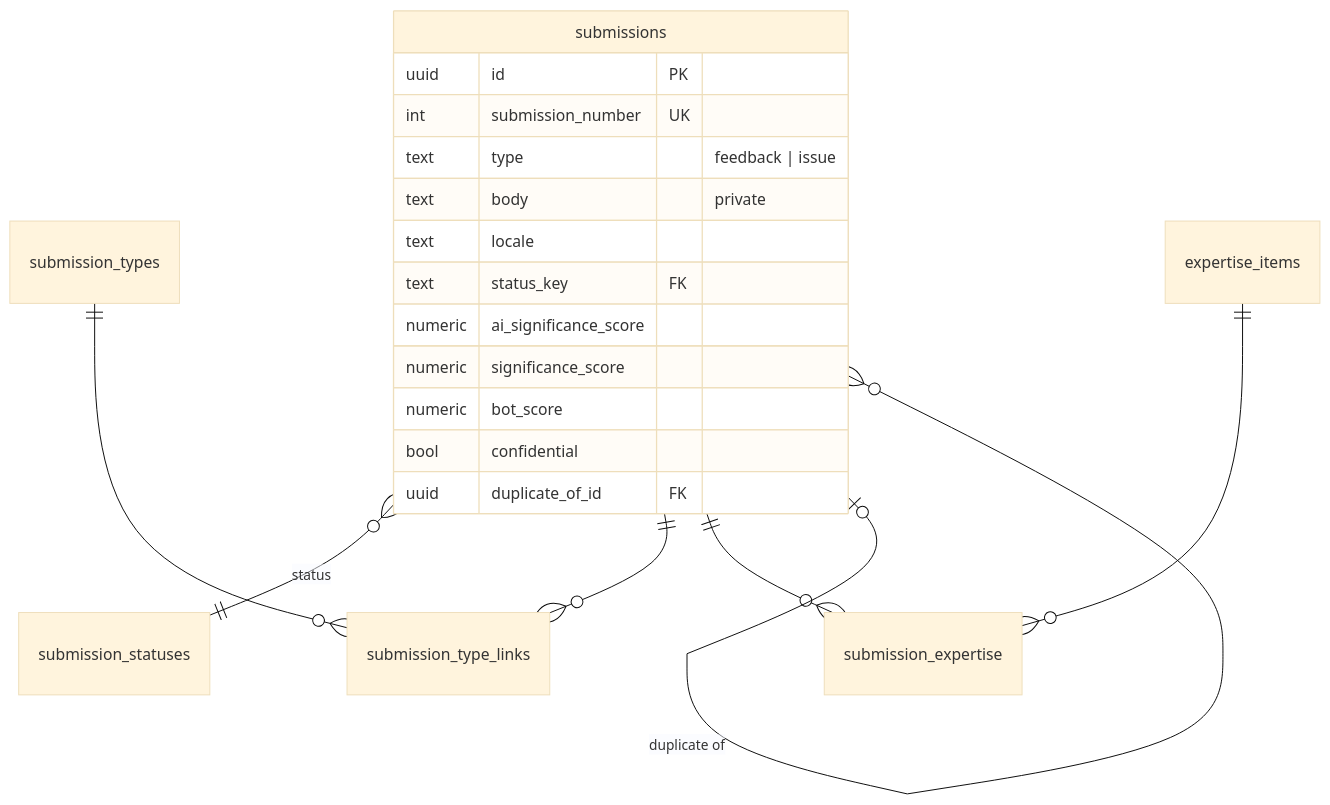
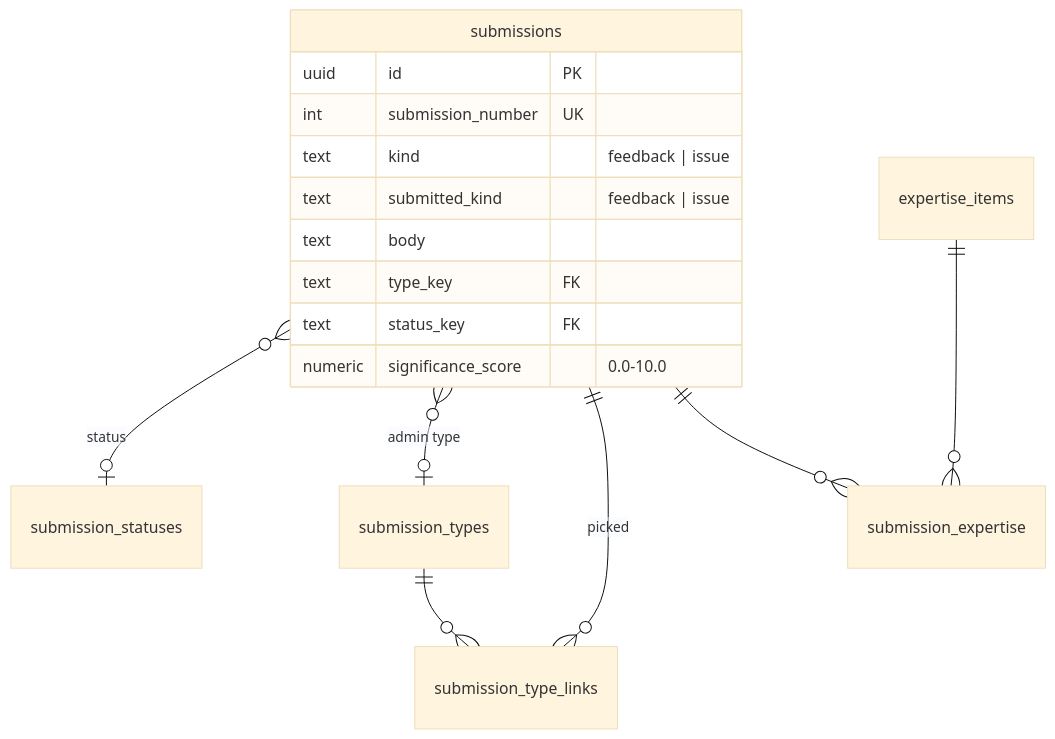
The third of 5 diagrams in docs/architecture/data-model.md (Global-experiment/Global-experiment), drawn with Mermaid (base theme) before and after one commit. The commit also changed other lines of this file and 2 other files, not shown here.

First line of the commit message:
docs(feedback): ADR 023 bot check, data model and settings for feedbacks and issues (Feedbacks and issues)

````diff
--- a/docs/architecture/data-model.md
+++ b/docs/architecture/data-model.md
@@ -693,22 +701,19 @@
 ```mermaid
 erDiagram
-  submissions }o--|| submission_statuses : status
-  submissions ||--o{ submission_type_links : ""
+  submissions }o--o| submission_statuses : status
+  submissions }o--o| submission_types : "admin type"
+  submissions ||--o{ submission_type_links : "picked"
   submission_types ||--o{ submission_type_links : ""
   submissions ||--o{ submission_expertise : ""
   expertise_items ||--o{ submission_expertise : ""
-  submissions |o--o{ submissions : "duplicate of"
   submissions {
     uuid id PK
     int submission_number UK
-    text type "feedback | issue"
-    text body "private"
-    text locale
+    text kind "feedback | issue"
+    text submitted_kind "feedback | issue"
+    text body
+    text type_key FK
     text status_key FK
-    numeric ai_significance_score
-    numeric significance_score
-    numeric bot_score
-    bool confidential
-    uuid duplicate_of_id FK
+    numeric significance_score "0.0-10.0"
   }
 ```
````
